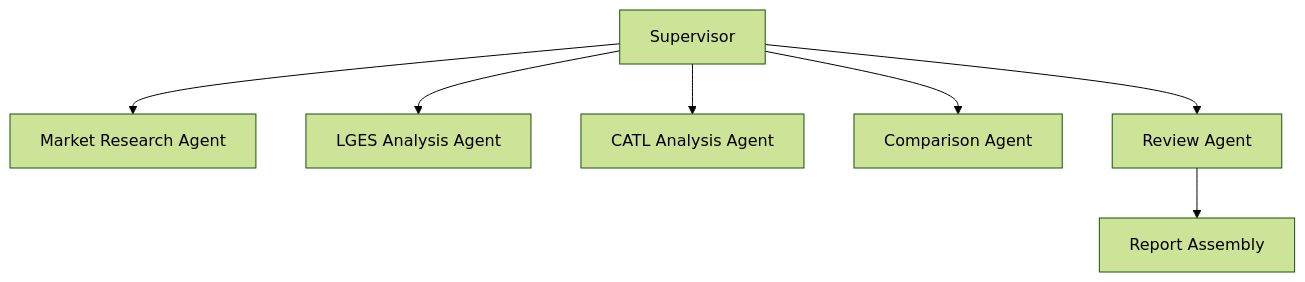
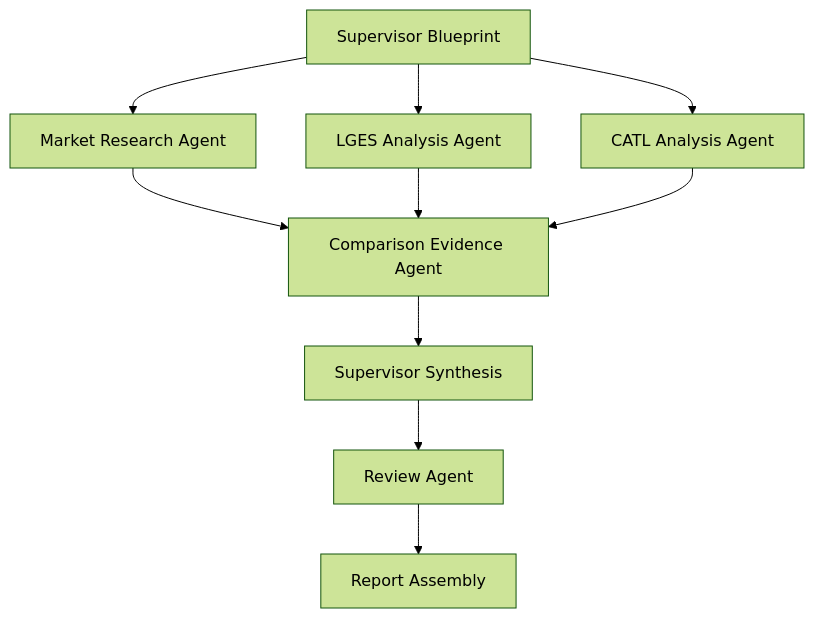
The diagram in README.md (juwonleee/battery-strategy-multi-agent), drawn with Mermaid (forest theme) before and after one commit. The commit also changed other lines of this file and 25 other files, not shown here.

Commit message:
refactor: make supervisor own final report synthesis

````diff
--- a/README.md
+++ b/README.md
@@ -38,9 +38,12 @@
 ```mermaid
 flowchart TD
-    A["Supervisor"] --> B["Market Research Agent"]
+    A["Supervisor Blueprint"] --> B["Market Research Agent"]
     A --> C["LGES Analysis Agent"]
     A --> D["CATL Analysis Agent"]
-    A --> E["Comparison Agent"]
-    A --> F["Review Agent"]
-    F --> G["Report Assembly"]
+    B --> E["Comparison Evidence Agent"]
+    C --> E
+    D --> E
+    E --> F["Supervisor Synthesis"]
+    F --> G["Review Agent"]
+    G --> H["Report Assembly"]
 ```
````
